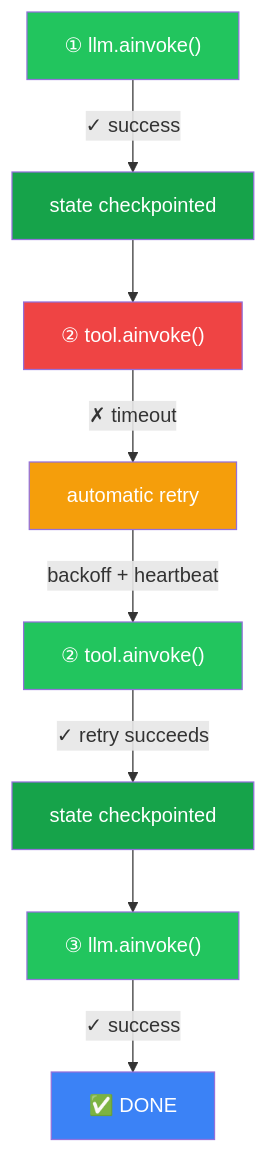
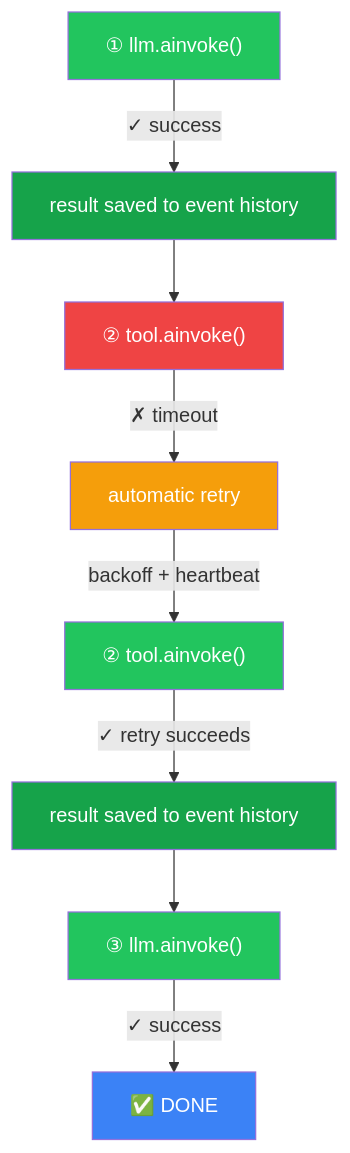
Before and after one commit to deepansh-saxena/DuraLang: the diagram in README.md, drawn with Mermaid. The commit also changed other lines of this file, not shown here.

Commit message:
docs: fix Temporal terminology - event history replay, not checkpointing

````diff
--- a/README.md
+++ b/README.md
@@ -77,19 +77,19 @@
 ```mermaid
 graph TD
-    A["① llm.ainvoke()"] -->|"✓ success"| B["state checkpointed"]
+    A["① llm.ainvoke()"] -->|"✓ success"| B["result saved to event history"]
     B --> C["② tool.ainvoke()"]
     C -->|"✗ timeout"| D["automatic retry"]
     D -->|"backoff + heartbeat"| E["② tool.ainvoke()"]
-    E -->|"✓ retry succeeds"| F["state checkpointed"]
+    E -->|"✓ retry succeeds"| F["result saved to event history"]
     F --> G["③ llm.ainvoke()"]
     G -->|"✓ success"| H["✅ DONE"]
 
     style A fill:#22c55e,color:#fff
     style B fill:#16a34a,color:#fff
     style C fill:#ef4444,color:#fff
     style D fill:#f59e0b,color:#fff
     style E fill:#22c55e,color:#fff
     style F fill:#16a34a,color:#fff
     style G fill:#22c55e,color:#fff
     style H fill:#3b82f6,color:#fff
 ```
````
